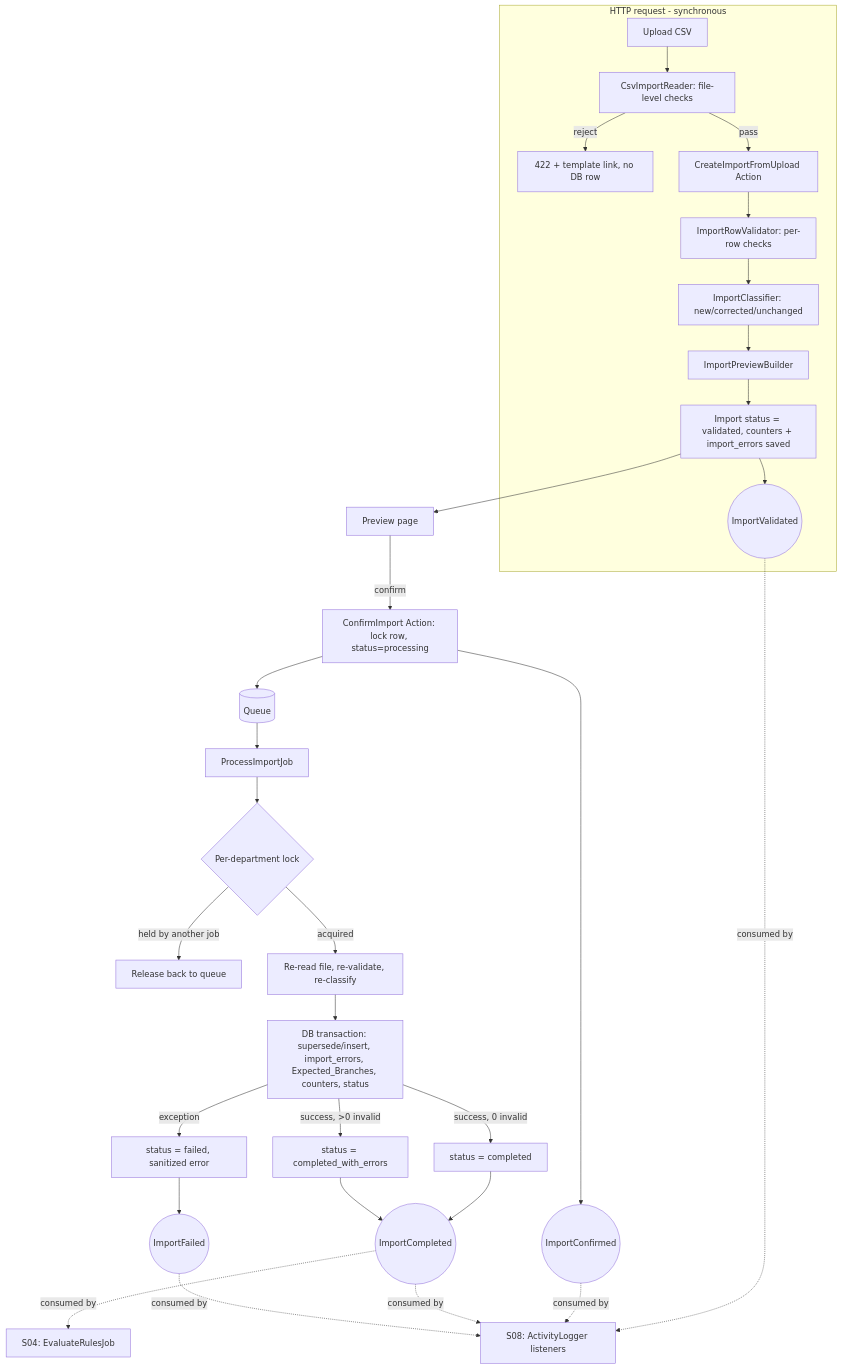
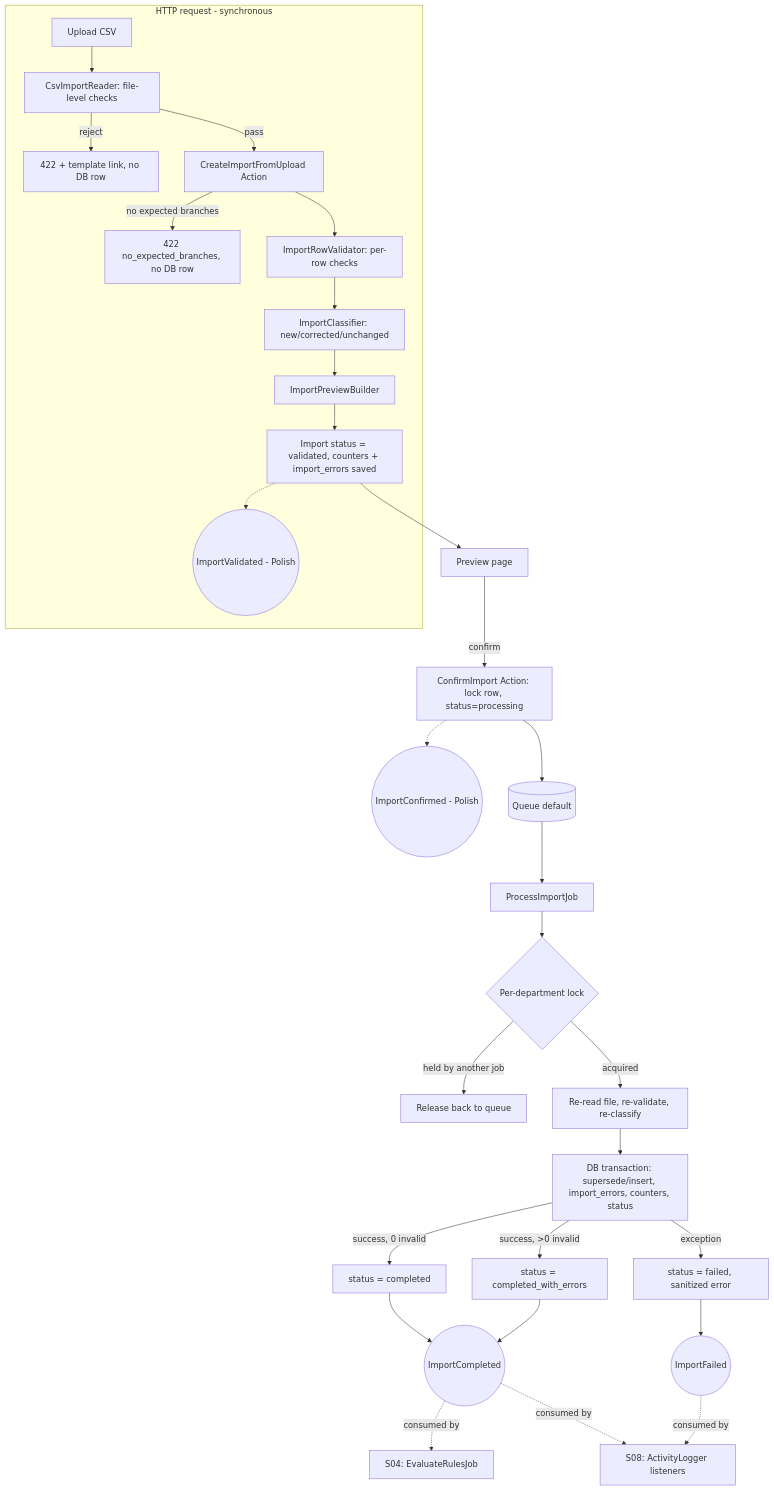
One commit to shojibur/BusinessPulse changed the diagram in .kiro/specs/03-sales-data-import/design.md. Above: the diagram before and after it, drawn with Mermaid. The commit also changed other lines of this file and 40 other files, not shown here.

````diff
--- a/.kiro/specs/03-sales-data-import/design.md
+++ b/.kiro/specs/03-sales-data-import/design.md
@@ -37,30 +49,31 @@
 ```mermaid
 flowchart TD
   subgraph Request[HTTP request - synchronous]
     U[Upload CSV] --> R[CsvImportReader: file-level checks]
     R -->|reject| RJ[422 + template link, no DB row]
     R -->|pass| CR[CreateImportFromUpload Action]
+    CR -->|no expected branches| NE[422 no_expected_branches, no DB row]
     CR --> RV[ImportRowValidator: per-row checks]
     RV --> IC[ImportClassifier: new/corrected/unchanged]
     IC --> PB[ImportPreviewBuilder]
     PB --> ST[Import status = validated, counters + import_errors saved]
-    ST --> EV1((ImportValidated))
+    ST -.-> EV1((ImportValidated - Polish))
   end
   ST --> PV[Preview page]
   PV -->|confirm| CI[ConfirmImport Action: lock row, status=processing]
-  CI --> EV2((ImportConfirmed))
-  CI --> Q[(Queue)]
+  CI -.-> EV2((ImportConfirmed - Polish))
+  CI --> Q[(Queue default)]
   Q --> PJ[ProcessImportJob]
   PJ --> LOCK{Per-department lock}
   LOCK -->|held by another job| REL[Release back to queue]
   LOCK -->|acquired| REV[Re-read file, re-validate, re-classify]
-  REV --> TX[DB transaction: supersede/insert, import_errors, Expected_Branches, counters, status]
+  REV --> TX[DB transaction: supersede/insert, import_errors, counters, status]
   TX -->|success, 0 invalid| COMP1[status = completed]
   TX -->|success, >0 invalid| COMP2[status = completed_with_errors]
   TX -->|exception| FAIL[status = failed, sanitized error]
   COMP1 --> EV3((ImportCompleted))
   COMP2 --> EV3
   FAIL --> EV4((ImportFailed))
   EV3 -.consumed by.-> S04[S04: EvaluateRulesJob]
-  EV1 & EV2 & EV3 & EV4 -.consumed by.-> S08[S08: ActivityLogger listeners]
+  EV3 & EV4 -.consumed by.-> S08[S08: ActivityLogger listeners]
 ```
````
